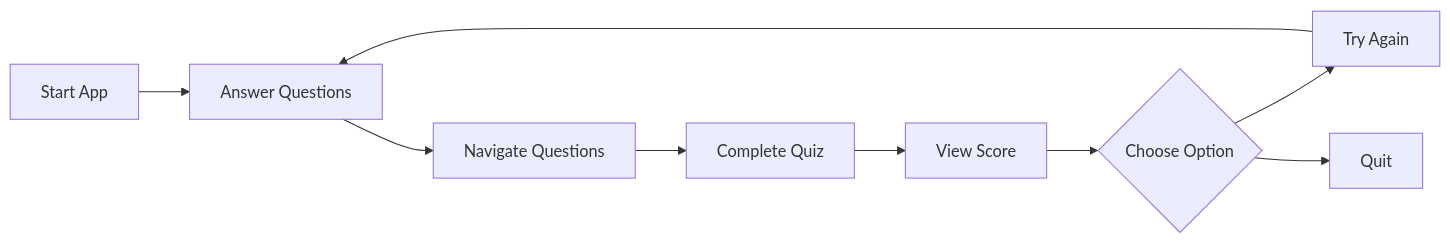
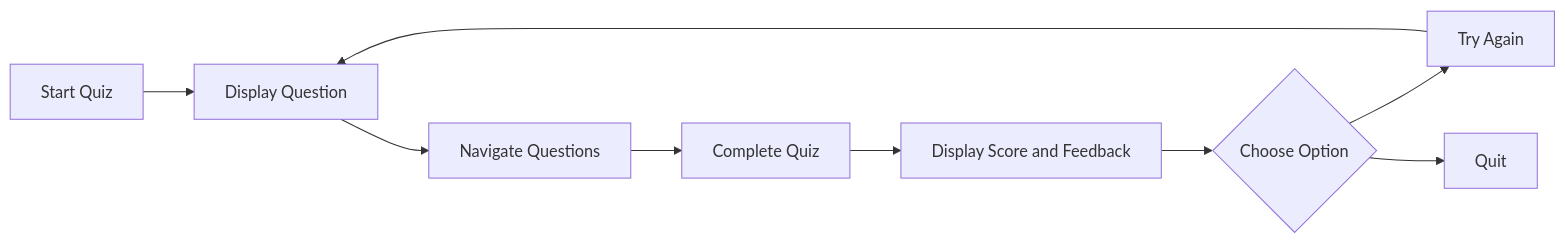
Before and after one commit to chuadharysagar/quize-app-flask: the diagram in README.md, drawn with Mermaid. The commit also changed other lines of this file, not shown here.

````diff
--- a/README.md
+++ b/README.md
@@ -131,11 +134,11 @@
 ```mermaid
 graph LR
-    A[Start App] --> B[Answer Questions]
+    A[Start Quiz] --> B[Display Question]
     B --> C[Navigate Questions]
     C --> D[Complete Quiz]
-    D --> E[View Score]
+    D --> E[Display Score and Feedback]
     E --> F{Choose Option}
     F --> G[Try Again]
     F --> H[Quit]
     G --> B
 ```
````
